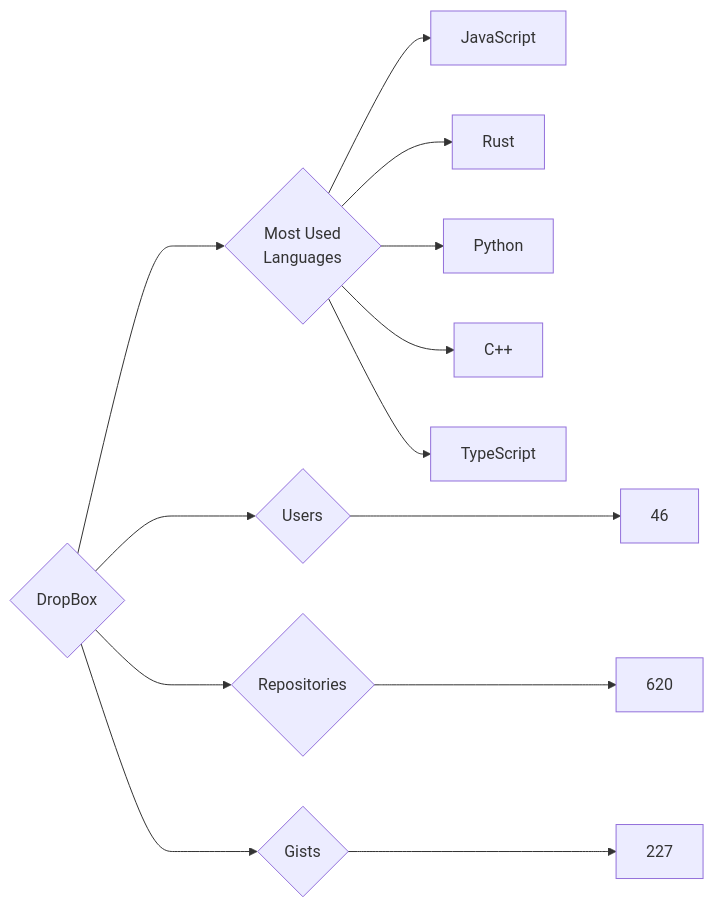
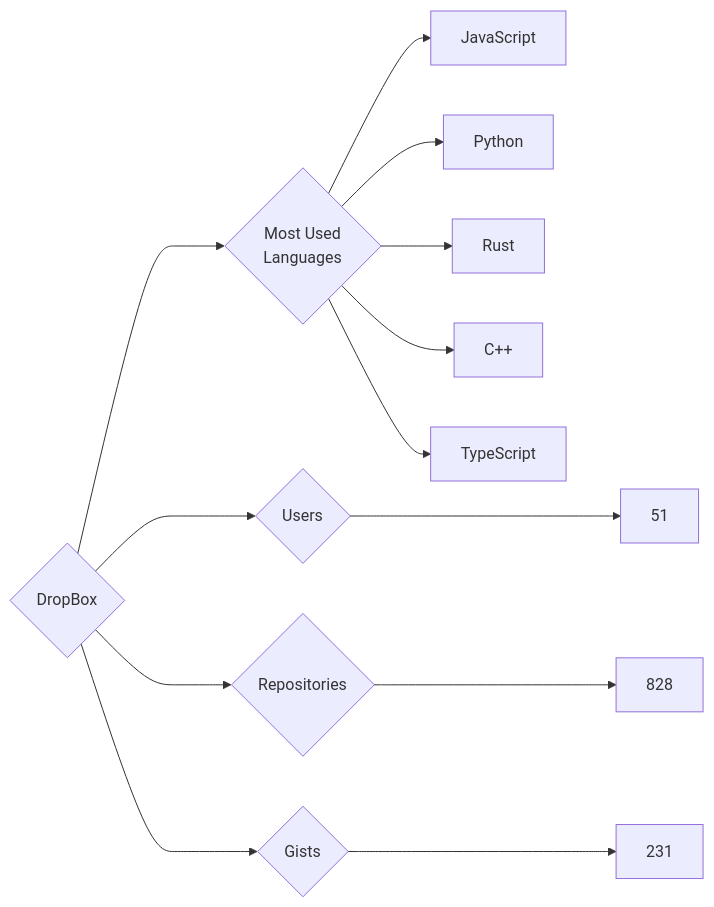
One commit to trickest/insiders changed the diagram in targets/DropBox/README.md. Above: the diagram before and after it, drawn with Mermaid. The commit also changed 838 other files, not shown here.

````diff
--- a/targets/DropBox/README.md
+++ b/targets/DropBox/README.md
@@ -3,13 +3,13 @@
 ```mermaid
 graph LR
 COMPANY_NAME{DropBox}
-COMPANY_NAME ---> U{Users} ---> UN[46]
-COMPANY_NAME ---> R{Repositories} ---> RN[620]
-COMPANY_NAME ---> G{Gists} ---> GN[227]
+COMPANY_NAME ---> U{Users} ---> UN[51]
+COMPANY_NAME ---> R{Repositories} ---> RN[828]
+COMPANY_NAME ---> G{Gists} ---> GN[231]
 COMPANY_NAME ---> ML{Most Used<br>Languages}
 ML --> JavaScript[JavaScript]
+ML --> Python[Python]
 ML --> Rust[Rust]
-ML --> Python[Python]
 ML --> C++[C++]
 ML --> TypeScript[TypeScript]
 ```
````
